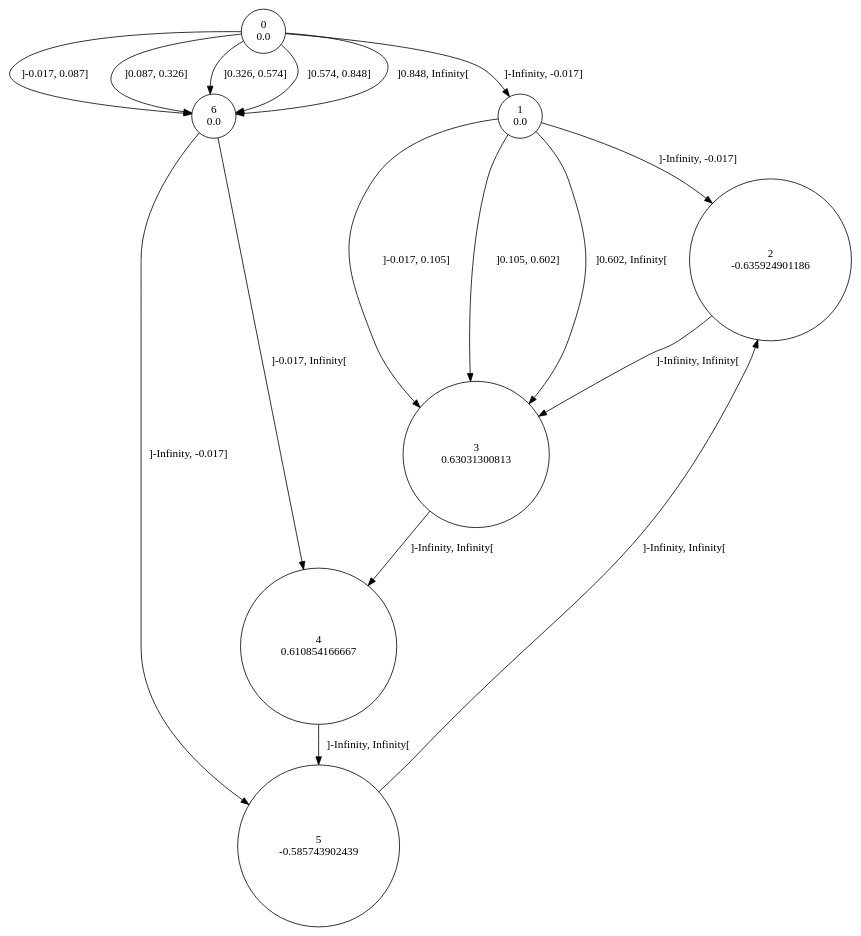
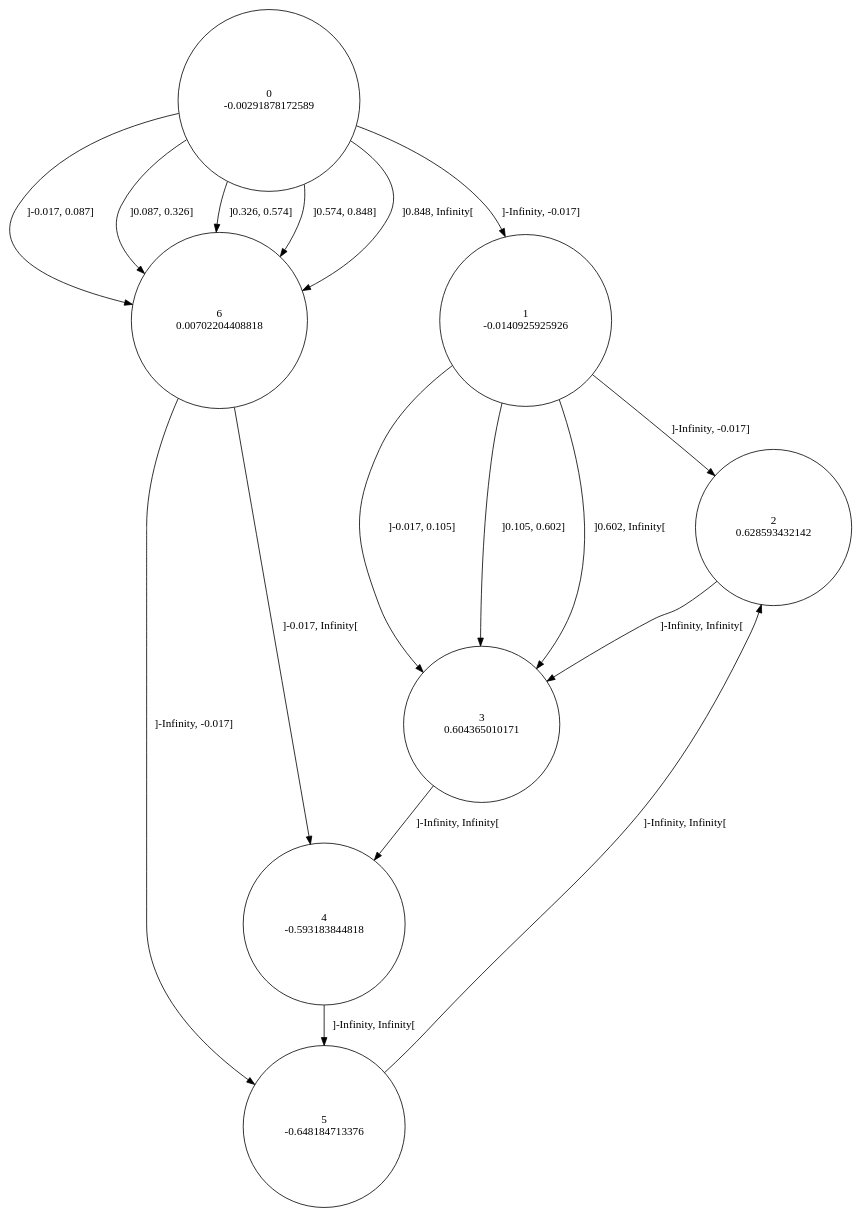
Before and after one commit to gllpellegrino/RAI_experiments: the diagram in sinus/data/3/rtitm.dot, drawn with Graphviz. The commit also changed 25 other files, not shown here.

```diff
--- a/sinus/data/3/rtitm.dot
+++ b/sinus/data/3/rtitm.dot
@@ -1,25 +1,25 @@
 digraph a {
-0 [shape=circle, label="0\n0.0"];
+0 [shape=circle, label="0\n-0.00291878172589"];
 	0 -> 1 [label="]-Infinity, -0.017]"];
 	0 -> 6 [label="]-0.017, 0.087]"];
 	0 -> 6 [label="]0.087, 0.326]"];
 	0 -> 6 [label="]0.326, 0.574]"];
 	0 -> 6 [label="]0.574, 0.848]"];
 	0 -> 6 [label="]0.848, Infinity["];
-1 [shape=circle, label="1\n0.0"];
+1 [shape=circle, label="1\n-0.0140925925926"];
 	1 -> 2 [label="]-Infinity, -0.017]"];
 	1 -> 3 [label="]-0.017, 0.105]"];
 	1 -> 3 [label="]0.105, 0.602]"];
 	1 -> 3 [label="]0.602, Infinity["];
-2 [shape=circle, label="2\n-0.635924901186"];
+2 [shape=circle, label="2\n0.628593432142"];
 	2 -> 3 [label="]-Infinity, Infinity["];
-3 [shape=circle, label="3\n0.63031300813"];
+3 [shape=circle, label="3\n0.604365010171"];
 	3 -> 4 [label="]-Infinity, Infinity["];
-4 [shape=circle, label="4\n0.610854166667"];
+4 [shape=circle, label="4\n-0.593183844818"];
 	4 -> 5 [label="]-Infinity, Infinity["];
-5 [shape=circle, label="5\n-0.585743902439"];
+5 [shape=circle, label="5\n-0.648184713376"];
 	5 -> 2 [label="]-Infinity, Infinity["];
-6 [shape=circle, label="6\n0.0"];
+6 [shape=circle, label="6\n0.00702204408818"];
 	6 -> 5 [label="]-Infinity, -0.017]"];
 	6 -> 4 [label="]-0.017, Infinity["];
 }
```
